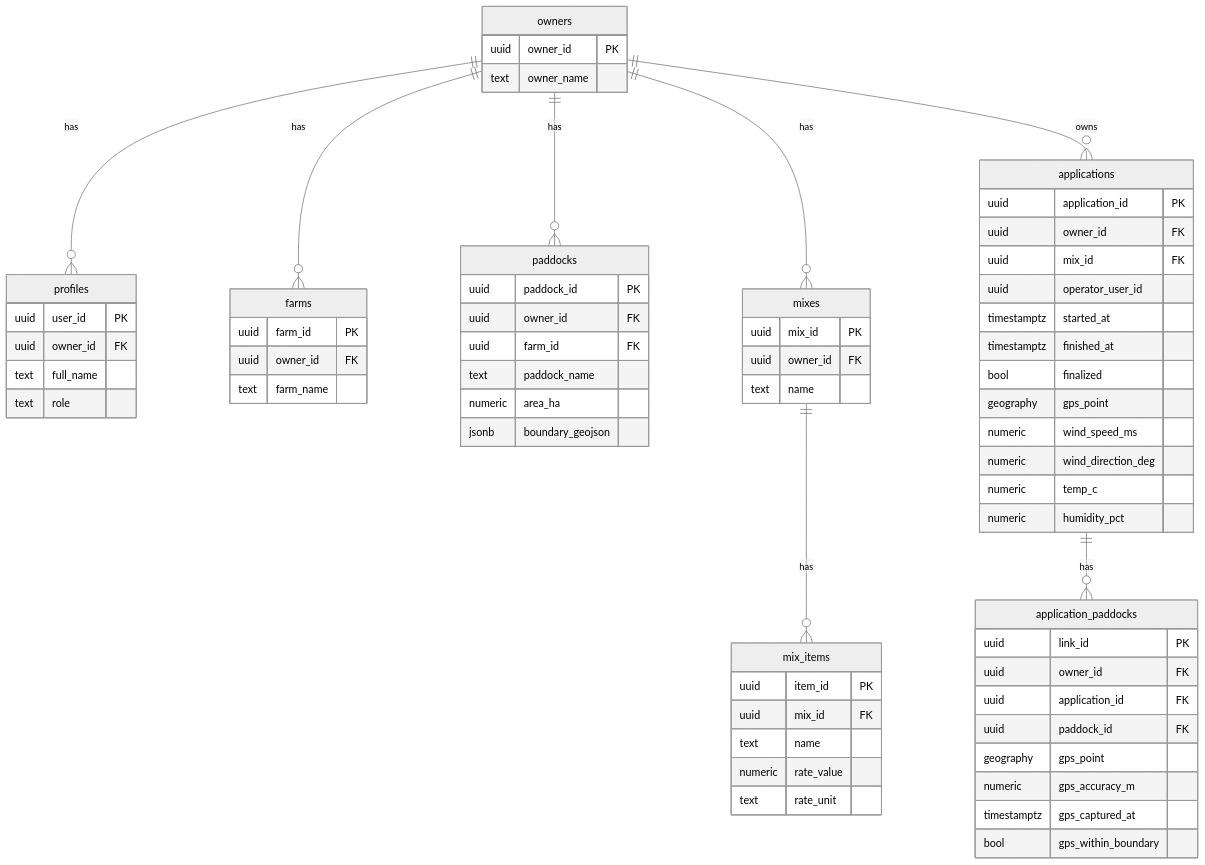
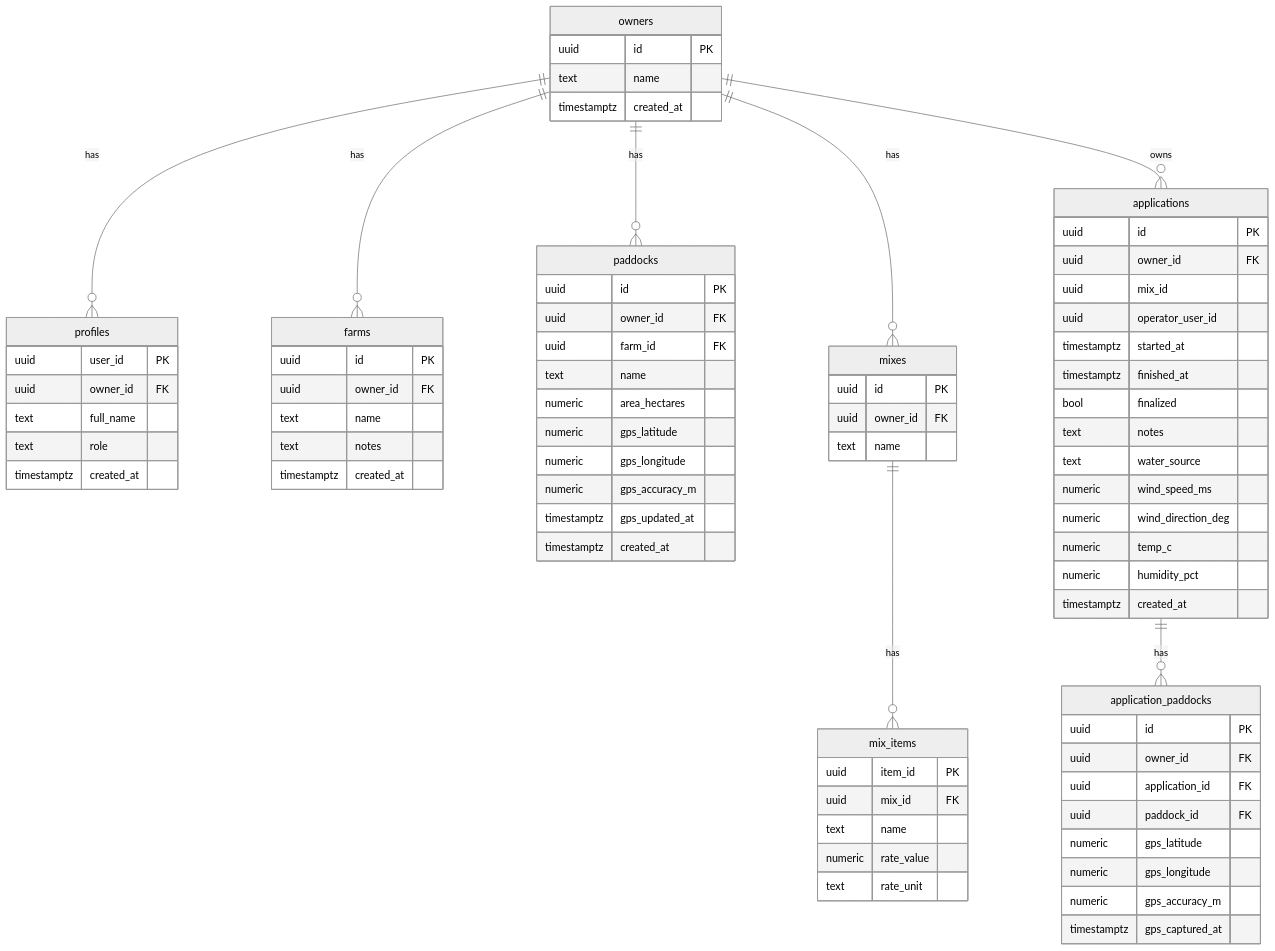
The second of 3 diagrams in docs/DesignBrief.md (rusty61/On-Farm-inputs-QA-App), drawn with Mermaid (neutral theme) before and after one commit.

Commit message:
Align design brief data model with backend

````diff
--- a/docs/DesignBrief.md
+++ b/docs/DesignBrief.md
@@ -41,70 +41,80 @@
 ```mermaid
 erDiagram
   owners ||--o{ profiles : "has"
   owners ||--o{ farms : "has"
   owners ||--o{ paddocks : "has"
   owners ||--o{ mixes : "has"
   mixes ||--o{ mix_items : "has"
   owners ||--o{ applications : "owns"
   applications ||--o{ application_paddocks : "has"
 
   owners {
-    uuid owner_id PK
-    text owner_name
+    uuid id PK
+    text name
+    timestamptz created_at
   }
   profiles {
     uuid user_id PK
     uuid owner_id FK
     text full_name
     text role
+    timestamptz created_at
   }
   farms {
-    uuid farm_id PK
+    uuid id PK
     uuid owner_id FK
-    text farm_name
+    text name
+    text notes
+    timestamptz created_at
   }
   paddocks {
-    uuid paddock_id PK
+    uuid id PK
     uuid owner_id FK
     uuid farm_id FK
-    text paddock_name
-    numeric area_ha
-    jsonb boundary_geojson
+    text name
+    numeric area_hectares
+    numeric gps_latitude
+    numeric gps_longitude
+    numeric gps_accuracy_m
+    timestamptz gps_updated_at
+    timestamptz created_at
   }
   mixes {
-    uuid mix_id PK
+    uuid id PK
     uuid owner_id FK
     text name
   }
   mix_items {
     uuid item_id PK
     uuid mix_id FK
     text name
     numeric rate_value
     text rate_unit
   }
   applications {
-    uuid application_id PK
+    uuid id PK
     uuid owner_id FK
-    uuid mix_id FK
+    uuid mix_id
     uuid operator_user_id
     timestamptz started_at
     timestamptz finished_at
     bool finalized
-    geography gps_point
+    text notes
+    text water_source
     numeric wind_speed_ms
     numeric wind_direction_deg
     numeric temp_c
     numeric humidity_pct
+    timestamptz created_at
   }
   application_paddocks {
-    uuid link_id PK
+    uuid id PK
     uuid owner_id FK
     uuid application_id FK
     uuid paddock_id FK
-    geography gps_point
+    numeric gps_latitude
+    numeric gps_longitude
     numeric gps_accuracy_m
     timestamptz gps_captured_at
-    bool gps_within_boundary
   }
 ```
````
